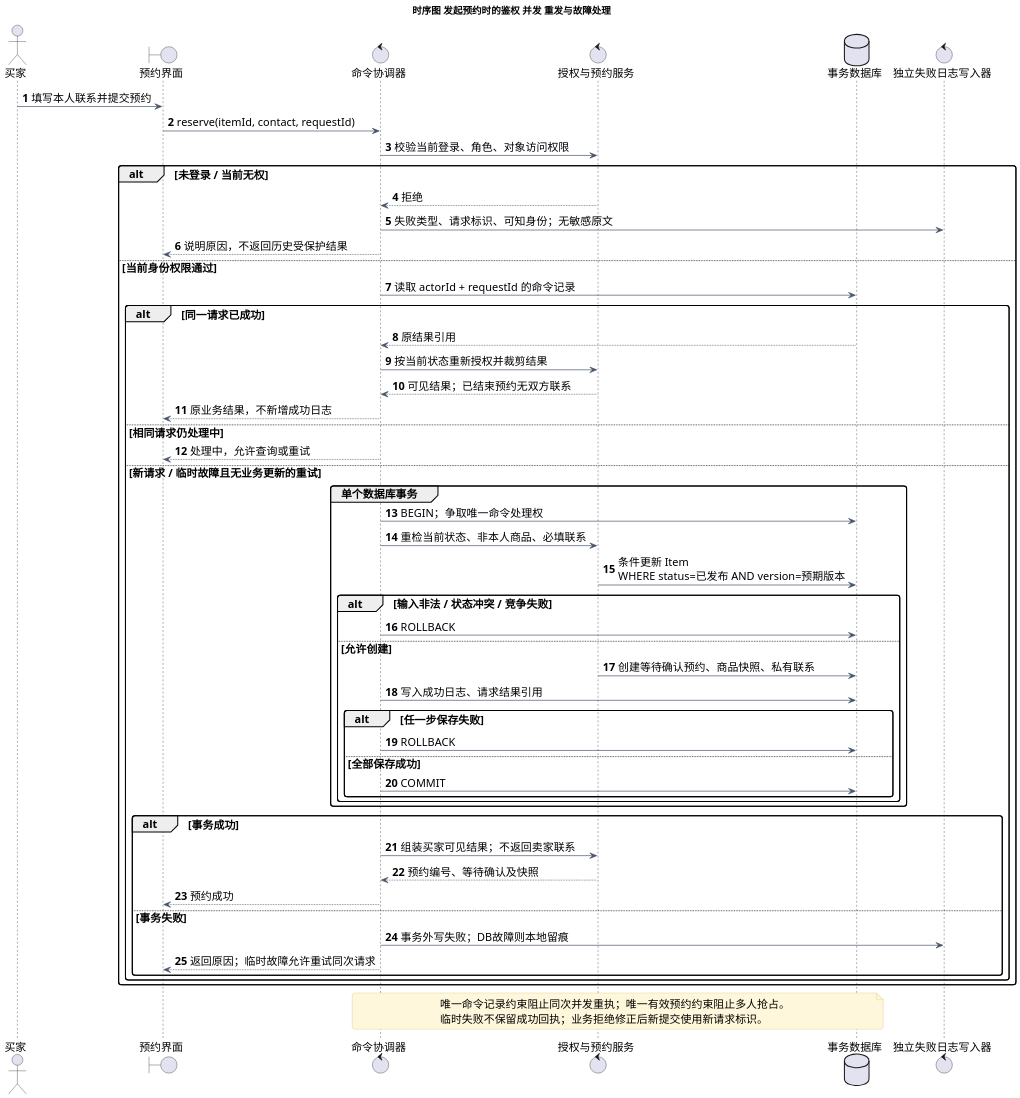
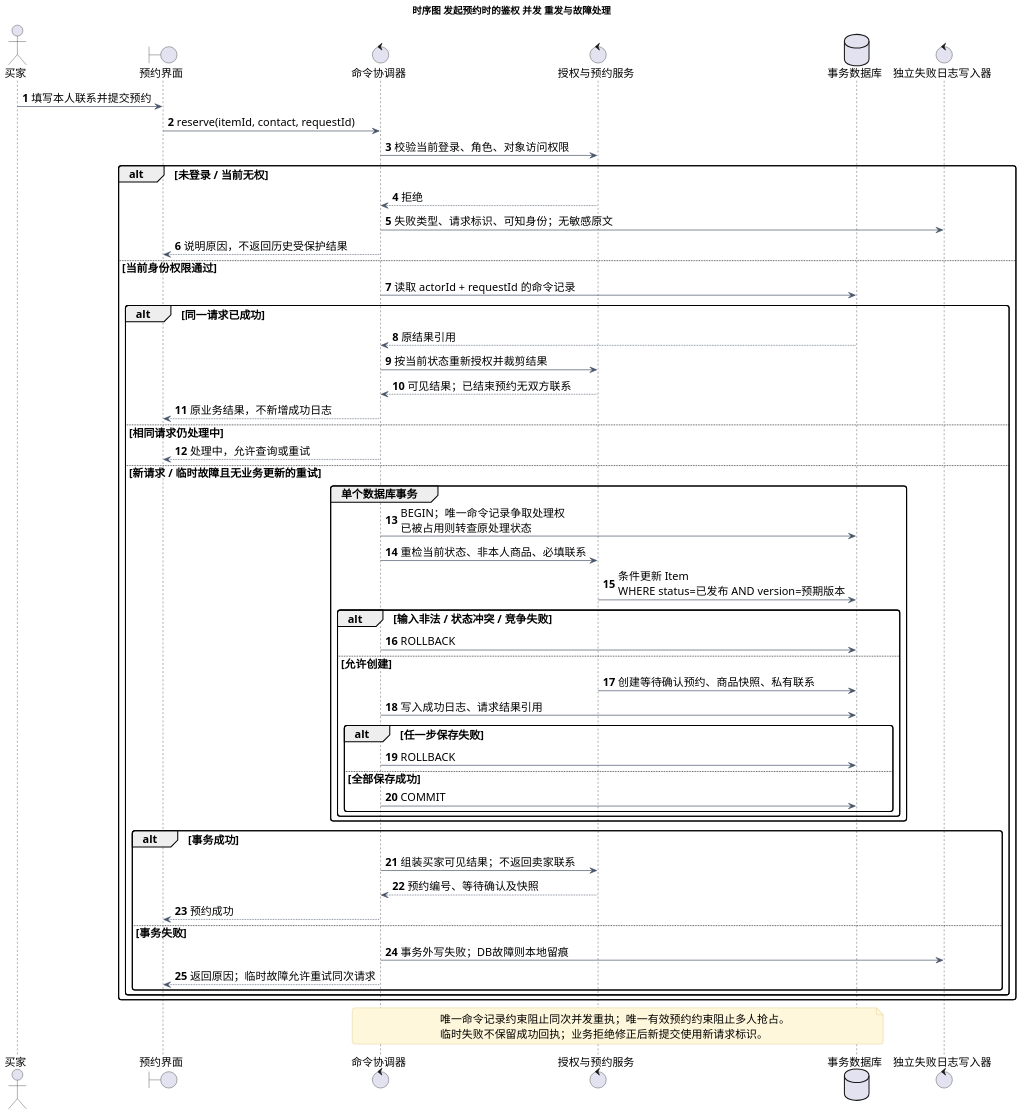
One commit to unfinities/software-engineering-labs changed the diagram in lab2/UML/04_时序图.puml. Above: the diagram before and after it, drawn with PlantUML. The commit also changed 29 other files, not shown here.

Commit message:
lab2: refine UML and export fourteen UI screens with report draft

```diff
--- a/lab2/UML/04_时序图.puml
+++ b/lab2/UML/04_时序图.puml
@@ -1,72 +1,72 @@
 @startuml
 skinparam defaultFontName Microsoft YaHei
 skinparam defaultFontSize 16
 skinparam backgroundColor white
 skinparam shadowing false
 skinparam ArrowColor #475569
 skinparam classBackgroundColor #EFF6FF
 skinparam classBorderColor #64748B
 skinparam componentBackgroundColor #EFF6FF
 skinparam componentBorderColor #64748B
 skinparam stateBackgroundColor #EFF6FF
 skinparam stateBorderColor #64748B
 skinparam noteBackgroundColor #FFF7DB
 skinparam noteBorderColor #D6BD72
 skinparam roundcorner 8
 skinparam dpi 160
 title 时序图 发起预约时的鉴权 并发 重发与故障处理
 autonumber
 actor 买家 as Buyer
 boundary "预约界面" as UI
 control "命令协调器" as C
 control "授权与预约服务" as S
 database "事务数据库" as DB
 control "独立失败日志写入器" as Fail
 Buyer -> UI : 填写本人联系并提交预约
 UI -> C : reserve(itemId, contact, requestId)
 C -> S : 校验当前登录、角色、对象访问权限
 alt 未登录 / 当前无权
   S --> C : 拒绝
   C -> Fail : 失败类型、请求标识、可知身份；无敏感原文
   C --> UI : 说明原因，不返回历史受保护结果
 else 当前身份权限通过
   C -> DB : 读取 actorId + requestId 的命令记录
   alt 同一请求已成功
     DB --> C : 原结果引用
     C -> S : 按当前状态重新授权并裁剪结果
     S --> C : 可见结果；已结束预约无双方联系
     C --> UI : 原业务结果，不新增成功日志
   else 相同请求仍处理中
     C --> UI : 处理中，允许查询或重试
   else 新请求 / 临时故障且无业务更新的重试
     group 单个数据库事务
-      C -> DB : BEGIN；争取唯一命令处理权
+      C -> DB : BEGIN；唯一命令记录争取处理权\n已被占用则转查原处理状态
       C -> S : 重检当前状态、非本人商品、必填联系
       S -> DB : 条件更新 Item\nWHERE status=已发布 AND version=预期版本
       alt 输入非法 / 状态冲突 / 竞争失败
         C -> DB : ROLLBACK
       else 允许创建
         S -> DB : 创建等待确认预约、商品快照、私有联系
         C -> DB : 写入成功日志、请求结果引用
         alt 任一步保存失败
           C -> DB : ROLLBACK
         else 全部保存成功
           C -> DB : COMMIT
         end
       end
     end
     alt 事务成功
       C -> S : 组装买家可见结果；不返回卖家联系
       S --> C : 预约编号、等待确认及快照
       C --> UI : 预约成功
     else 事务失败
       C -> Fail : 事务外写失败；DB故障则本地留痕
       C --> UI : 返回原因；临时故障允许重试同次请求
     end
   end
 end
 note over C, DB
 唯一命令记录约束阻止同次并发重执；唯一有效预约约束阻止多人抢占。
 临时失败不保留成功回执；业务拒绝修正后新提交使用新请求标识。
 end note
 @enduml
```
